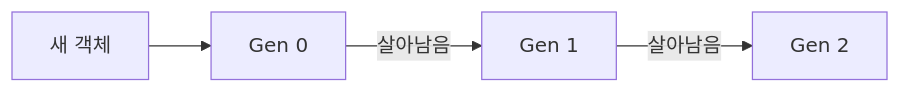
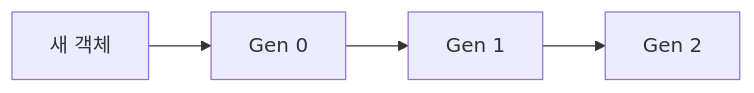
One commit to Byeongchan99/CS-Card changed the diagram in summary-notes/C샵.md. Above: the diagram before and after it, drawn with Mermaid. The commit also changed other lines of this file and 1 other file, not shown here.

Commit message:
fix: 다이어그램 라벨 겹침 정리
- 세대별 GC·생산자-소비자: 화살표 위 엣지 라벨 제거하고 캡션으로 이동
- 데드락 순환 대기: LR→TB로 돌려 양방향 라벨 좌우 분리

````diff
--- a/summary-notes/C샵.md
+++ b/summary-notes/C샵.md
@@ -46,6 +46,4 @@
 ```mermaid
 flowchart LR
-    N["새 객체"] --> G0["Gen 0"]
-    G0 -->|살아남음| G1["Gen 1"]
-    G1 -->|살아남음| G2["Gen 2"]
+    N["새 객체"] --> G0["Gen 0"] --> G1["Gen 1"] --> G2["Gen 2"]
 ```
````
